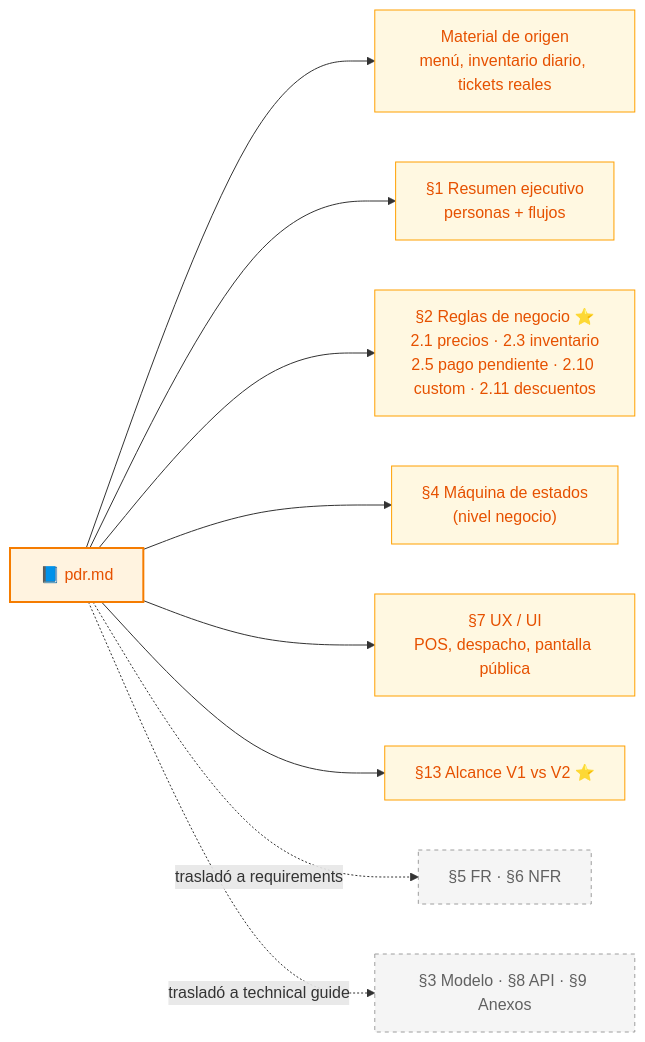
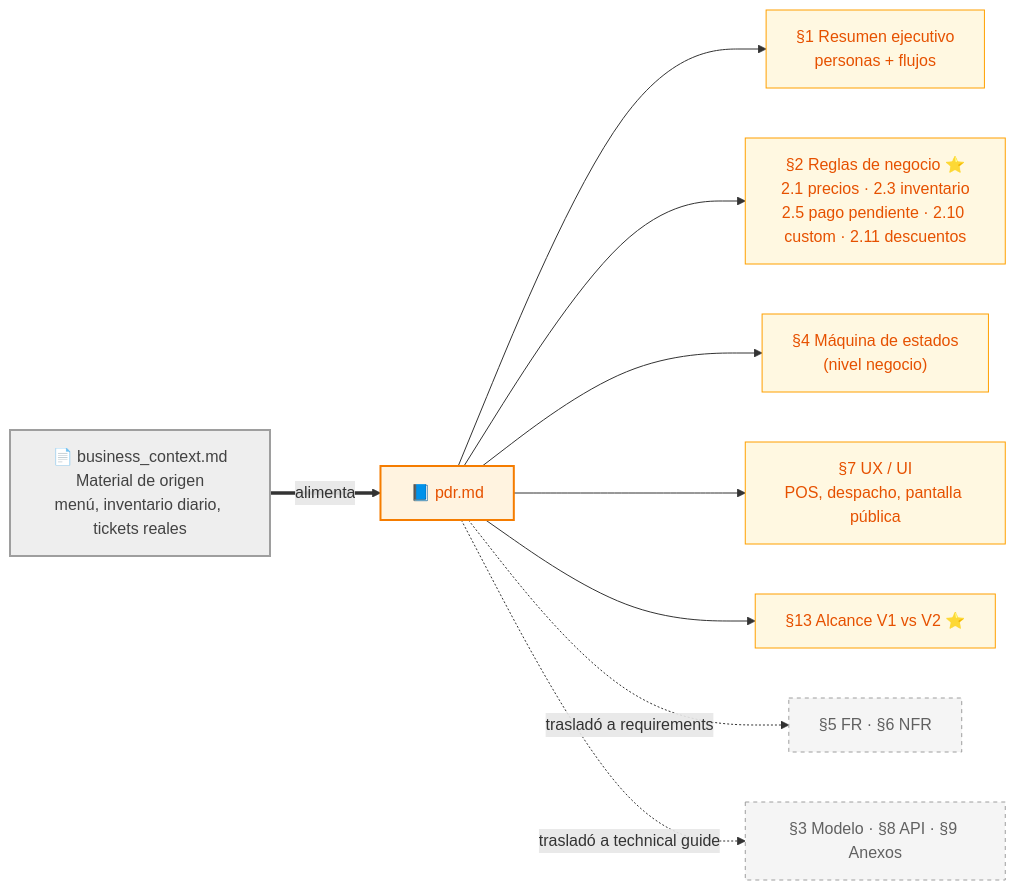
One commit to Santillan-Reyna-Ariel-Angel/wonderchicken-docs changed the fifth of 6 diagrams in docs/indice_pdr.md. Above: the diagram before and after it, drawn with Mermaid. The commit also changed other lines of this file and 5 other files, not shown here.

````diff
--- a/docs/indice_pdr.md
+++ b/docs/indice_pdr.md
@@ -257,21 +269,24 @@
 ```mermaid
 flowchart LR
+    BC["📄 business_context.md<br/>Material de origen<br/>menú, inventario diario, tickets reales"]
     PDR["📘 pdr.md"]
 
-    PDR --> S0["Material de origen<br/>menú, inventario diario, tickets reales"]
+    BC ==alimenta==> PDR
     PDR --> S1["§1 Resumen ejecutivo<br/>personas + flujos"]
     PDR --> S2["§2 Reglas de negocio ⭐<br/>2.1 precios · 2.3 inventario<br/>2.5 pago pendiente · 2.10 custom · 2.11 descuentos"]
     PDR --> S4["§4 Máquina de estados<br/>(nivel negocio)"]
     PDR --> S7["§7 UX / UI<br/>POS, despacho, pantalla pública"]
     PDR --> S13["§13 Alcance V1 vs V2 ⭐"]
 
     PDR -.trasladó a requirements.-> T1["§5 FR · §6 NFR"]
     PDR -.trasladó a technical guide.-> T2["§3 Modelo · §8 API · §9 Anexos"]
 
     classDef pdr fill:#fff3e0,stroke:#f57c00,color:#e65100,stroke-width:2px
     classDef sec fill:#fff8e1,stroke:#ffa000,color:#e65100
     classDef moved fill:#f5f5f5,stroke:#9e9e9e,color:#616161,stroke-dasharray: 4 4
+    classDef bc fill:#eeeeee,stroke:#9e9e9e,color:#424242,stroke-width:2px
     class PDR pdr
-    class S0,S1,S2,S4,S7,S13 sec
+    class S1,S2,S4,S7,S13 sec
     class T1,T2 moved
+    class BC bc
 ```
````
